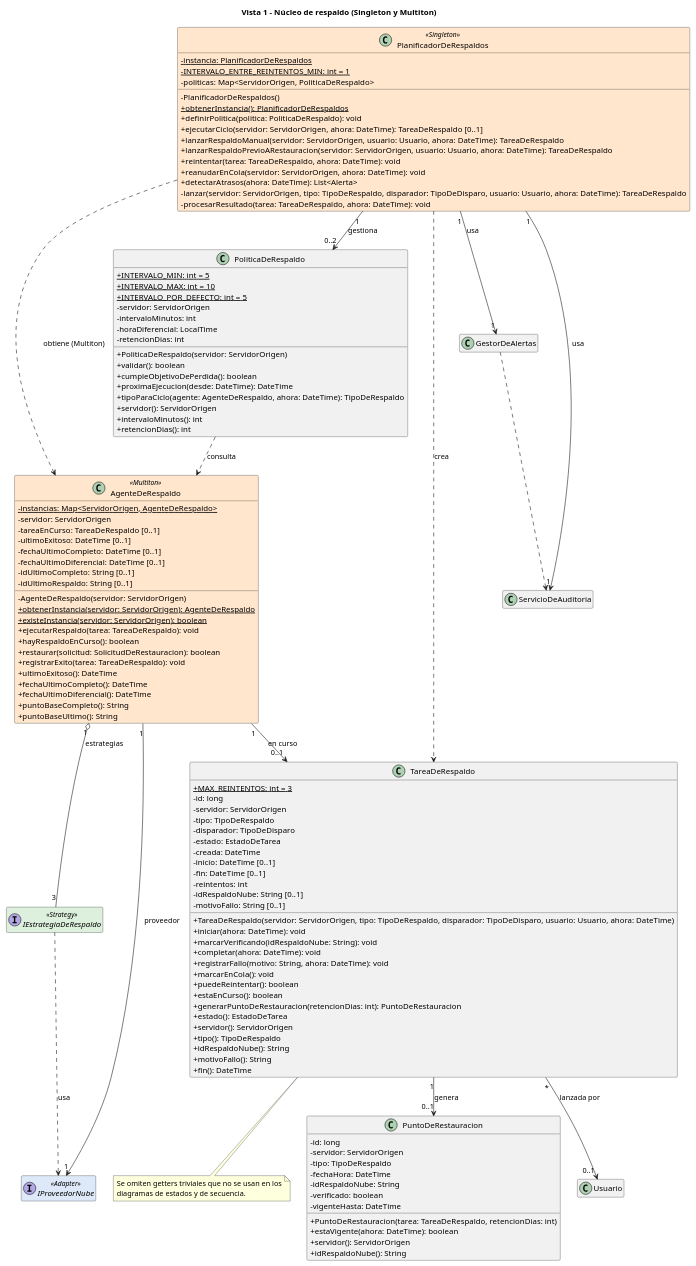
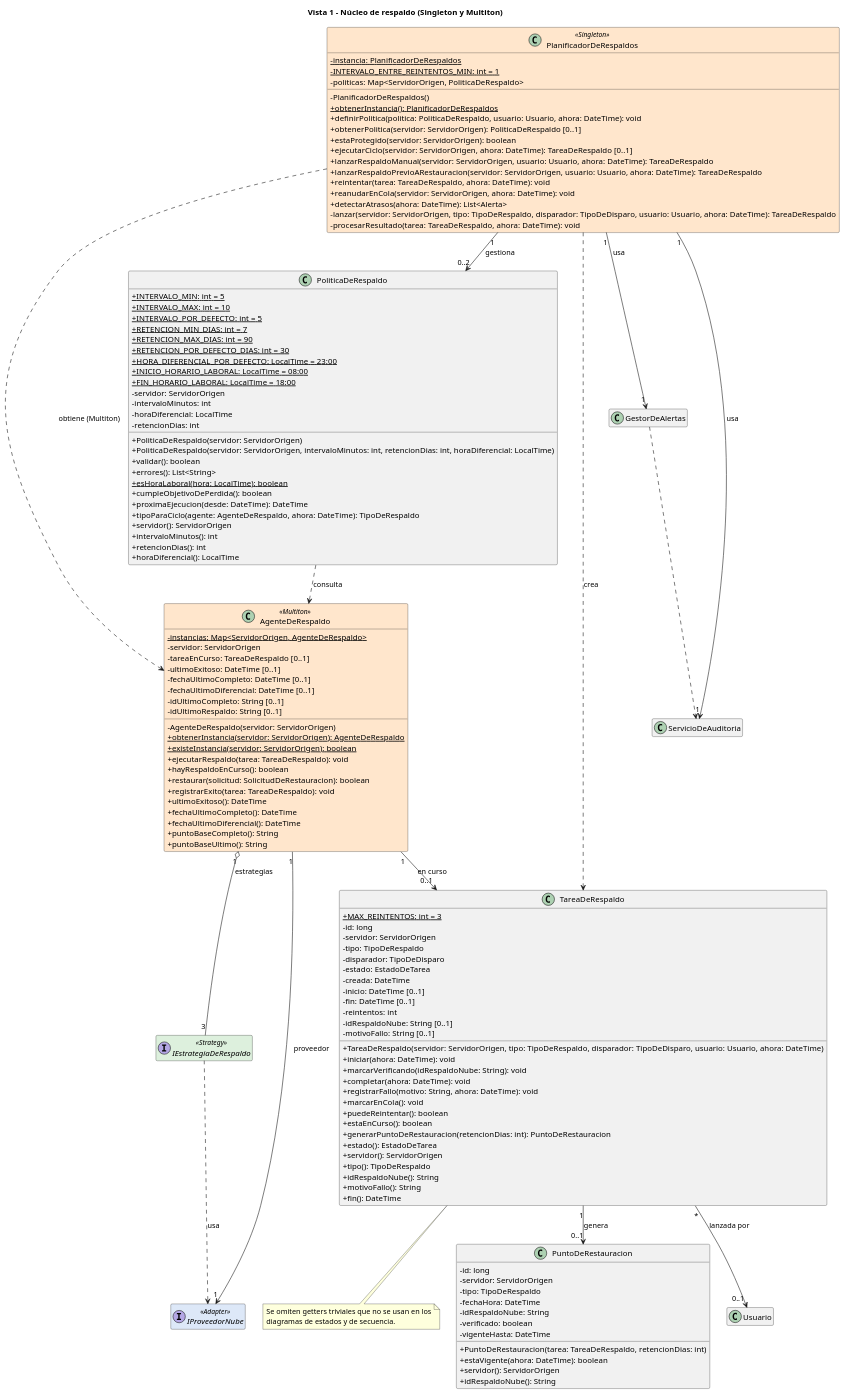
One commit to Julito-Art/ModelacionGruipo17 changed the diagram in diagramas/06-clases-nucleo.puml. Above: the diagram before and after it, drawn with PlantUML. The commit also changed 11 other files, not shown here.

Commit message:
cambio en los diagramas

```diff
--- a/diagramas/06-clases-nucleo.puml
+++ b/diagramas/06-clases-nucleo.puml
@@ -1,135 +1,147 @@
 @startuml 06-clases-nucleo
 title Vista 1 – Núcleo de respaldo (Singleton y Multiton)
 skinparam shadowing false
 skinparam defaultFontName Arial
 skinparam classAttributeIconSize 0
 skinparam nodesep 30
 skinparam ranksep 50
 skinparam class {
   BackgroundColor<<Singleton>> #FFE6CC
   BackgroundColor<<Multiton>> #FFE6CC
   BackgroundColor<<Strategy>> #DDF0DD
   BackgroundColor<<Adapter>> #DDE8F8
   BackgroundColor<<externo>> #EEEEEE
 }
 hide empty members
 class PlanificadorDeRespaldos <<Singleton>> {
   - {static} instancia: PlanificadorDeRespaldos
   - {static} INTERVALO_ENTRE_REINTENTOS_MIN: int = 1
   - politicas: Map<ServidorOrigen, PoliticaDeRespaldo>
   - PlanificadorDeRespaldos()
   + {static} obtenerInstancia(): PlanificadorDeRespaldos
-  + definirPolitica(politica: PoliticaDeRespaldo): void
+  + definirPolitica(politica: PoliticaDeRespaldo, usuario: Usuario, ahora: DateTime): void
+  + obtenerPolitica(servidor: ServidorOrigen): PoliticaDeRespaldo [0..1]
+  + estaProtegido(servidor: ServidorOrigen): boolean
   + ejecutarCiclo(servidor: ServidorOrigen, ahora: DateTime): TareaDeRespaldo [0..1]
   + lanzarRespaldoManual(servidor: ServidorOrigen, usuario: Usuario, ahora: DateTime): TareaDeRespaldo
   + lanzarRespaldoPrevioARestauracion(servidor: ServidorOrigen, usuario: Usuario, ahora: DateTime): TareaDeRespaldo
   + reintentar(tarea: TareaDeRespaldo, ahora: DateTime): void
   + reanudarEnCola(servidor: ServidorOrigen, ahora: DateTime): void
   + detectarAtrasos(ahora: DateTime): List<Alerta>
   - lanzar(servidor: ServidorOrigen, tipo: TipoDeRespaldo, disparador: TipoDeDisparo, usuario: Usuario, ahora: DateTime): TareaDeRespaldo
   - procesarResultado(tarea: TareaDeRespaldo, ahora: DateTime): void
 }
 class AgenteDeRespaldo <<Multiton>> {
   - {static} instancias: Map<ServidorOrigen, AgenteDeRespaldo>
   - servidor: ServidorOrigen
   - tareaEnCurso: TareaDeRespaldo [0..1]
   - ultimoExitoso: DateTime [0..1]
   - fechaUltimoCompleto: DateTime [0..1]
   - fechaUltimoDiferencial: DateTime [0..1]
   - idUltimoCompleto: String [0..1]
   - idUltimoRespaldo: String [0..1]
   - AgenteDeRespaldo(servidor: ServidorOrigen)
   + {static} obtenerInstancia(servidor: ServidorOrigen): AgenteDeRespaldo
   + {static} existeInstancia(servidor: ServidorOrigen): boolean
   + ejecutarRespaldo(tarea: TareaDeRespaldo): void
   + hayRespaldoEnCurso(): boolean
   + restaurar(solicitud: SolicitudDeRestauracion): boolean
   + registrarExito(tarea: TareaDeRespaldo): void
   + ultimoExitoso(): DateTime
   + fechaUltimoCompleto(): DateTime
   + fechaUltimoDiferencial(): DateTime
   + puntoBaseCompleto(): String
   + puntoBaseUltimo(): String
 }
 class PoliticaDeRespaldo {
   + {static} INTERVALO_MIN: int = 5
   + {static} INTERVALO_MAX: int = 10
   + {static} INTERVALO_POR_DEFECTO: int = 5
+  + {static} RETENCION_MIN_DIAS: int = 7
+  + {static} RETENCION_MAX_DIAS: int = 90
+  + {static} RETENCION_POR_DEFECTO_DIAS: int = 30
+  + {static} HORA_DIFERENCIAL_POR_DEFECTO: LocalTime = 23:00
+  + {static} INICIO_HORARIO_LABORAL: LocalTime = 08:00
+  + {static} FIN_HORARIO_LABORAL: LocalTime = 18:00
   - servidor: ServidorOrigen
   - intervaloMinutos: int
   - horaDiferencial: LocalTime
   - retencionDias: int
   + PoliticaDeRespaldo(servidor: ServidorOrigen)
+  + PoliticaDeRespaldo(servidor: ServidorOrigen, intervaloMinutos: int, retencionDias: int, horaDiferencial: LocalTime)
   + validar(): boolean
+  + errores(): List<String>
+  + {static} esHoraLaboral(hora: LocalTime): boolean
   + cumpleObjetivoDePerdida(): boolean
   + proximaEjecucion(desde: DateTime): DateTime
   + tipoParaCiclo(agente: AgenteDeRespaldo, ahora: DateTime): TipoDeRespaldo
   + servidor(): ServidorOrigen
   + intervaloMinutos(): int
   + retencionDias(): int
+  + horaDiferencial(): LocalTime
 }
 class TareaDeRespaldo {
   + {static} MAX_REINTENTOS: int = 3
   - id: long
   - servidor: ServidorOrigen
   - tipo: TipoDeRespaldo
   - disparador: TipoDeDisparo
   - estado: EstadoDeTarea
   - creada: DateTime
   - inicio: DateTime [0..1]
   - fin: DateTime [0..1]
   - reintentos: int
   - idRespaldoNube: String [0..1]
   - motivoFallo: String [0..1]
   + TareaDeRespaldo(servidor: ServidorOrigen, tipo: TipoDeRespaldo, disparador: TipoDeDisparo, usuario: Usuario, ahora: DateTime)
   + iniciar(ahora: DateTime): void
   + marcarVerificando(idRespaldoNube: String): void
   + completar(ahora: DateTime): void
   + registrarFallo(motivo: String, ahora: DateTime): void
   + marcarEnCola(): void
   + puedeReintentar(): boolean
   + estaEnCurso(): boolean
   + generarPuntoDeRestauracion(retencionDias: int): PuntoDeRestauracion
   + estado(): EstadoDeTarea
   + servidor(): ServidorOrigen
   + tipo(): TipoDeRespaldo
   + idRespaldoNube(): String
   + motivoFallo(): String
   + fin(): DateTime
 }
 class PuntoDeRestauracion {
   - id: long
   - servidor: ServidorOrigen
   - tipo: TipoDeRespaldo
   - fechaHora: DateTime
   - idRespaldoNube: String
   - verificado: boolean
   - vigenteHasta: DateTime
   + PuntoDeRestauracion(tarea: TareaDeRespaldo, retencionDias: int)
   + estaVigente(ahora: DateTime): boolean
   + servidor(): ServidorOrigen
   + idRespaldoNube(): String
 }
 interface IEstrategiaDeRespaldo <<Strategy>>
 interface IProveedorNube <<Adapter>>
 class GestorDeAlertas
 class ServicioDeAuditoria
 class Usuario
 PlanificadorDeRespaldos "1" --> "0..2" PoliticaDeRespaldo : gestiona
 PlanificadorDeRespaldos "1" --> "1" GestorDeAlertas : usa
 PlanificadorDeRespaldos "1" --> "1" ServicioDeAuditoria : usa
 AgenteDeRespaldo "1" --> "1" IProveedorNube : proveedor
 AgenteDeRespaldo "1" o-- "3" IEstrategiaDeRespaldo : estrategias
 AgenteDeRespaldo "1" --> "0..1" TareaDeRespaldo : en curso
 TareaDeRespaldo "1" --> "0..1" PuntoDeRestauracion : genera
 TareaDeRespaldo "*" --> "0..1" Usuario : lanzada por
 PlanificadorDeRespaldos ..> AgenteDeRespaldo : obtiene (Multiton)
 PlanificadorDeRespaldos ..> TareaDeRespaldo : crea
 PoliticaDeRespaldo ..> AgenteDeRespaldo : consulta
 IEstrategiaDeRespaldo ..> IProveedorNube : usa
 GestorDeAlertas ..> ServicioDeAuditoria
 note bottom of TareaDeRespaldo
   Se omiten getters triviales que no se usan en los
   diagramas de estados y de secuencia.
 end note
 @enduml
```
